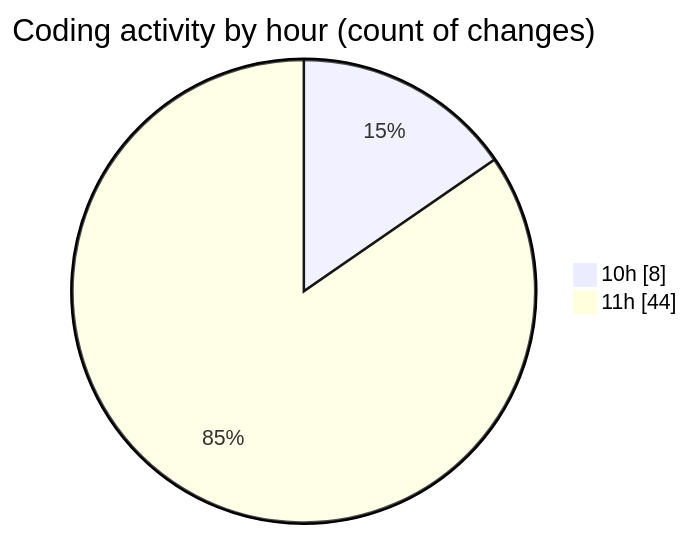
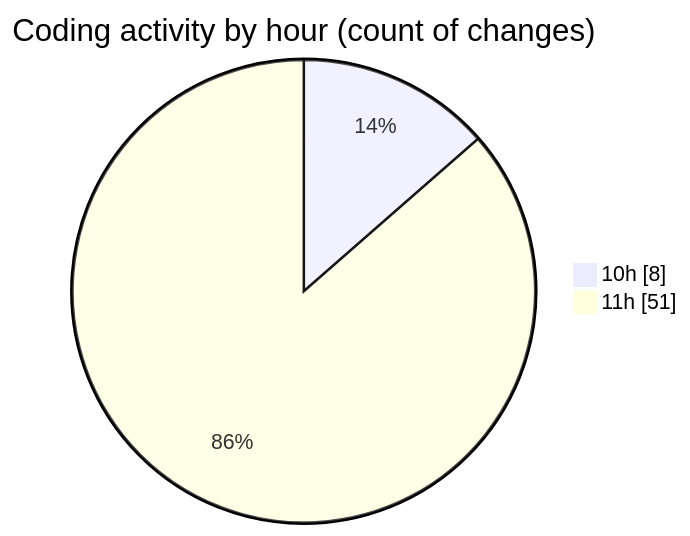
One commit to nxtqubesakshisongat/code-tracking changed the second of 2 diagrams in 2025-08-22/nxtqube_webapp/README.md. Above: the diagram before and after it, drawn with Mermaid. The commit also changed other lines of this file and 1 other file, not shown here.

````diff
--- a/2025-08-22/nxtqube_webapp/README.md
+++ b/2025-08-22/nxtqube_webapp/README.md
@@ -28,6 +28,6 @@
 ```mermaid
 pie showData
 title Coding activity by hour (count of changes)
 "10h" : 8
-"11h" : 44
+"11h" : 51
 ```
````
